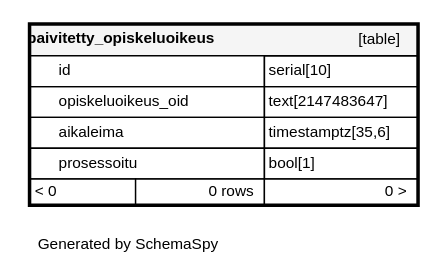
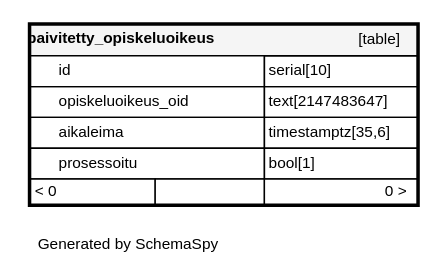
The diagram in documentation/tietokantaskeemat/koski/diagrams/tables/paivitetty_opiskeluoikeus.1degree.dot (Opetushallitus/koski), drawn with Graphviz before and after one commit. The commit also changed 77 other files, not shown here.

```diff
--- a/documentation/tietokantaskeemat/koski/diagrams/tables/paivitetty_opiskeluoikeus.1degree.dot
+++ b/documentation/tietokantaskeemat/koski/diagrams/tables/paivitetty_opiskeluoikeus.1degree.dot
@@ -1,17 +1,17 @@
 digraph "oneDegreeRelationshipsDiagram" {
   graph [    rankdir="RL"    bgcolor="#ffffff"    label="\nGenerated by SchemaSpy"    labeljust="l"    nodesep="0.18"    ranksep="0.46"    fontname="Helvetica"    fontsize="11"    ration="compress"  ];  node [    fontname="Helvetica"    fontsize="11"    shape="plaintext"  ];  edge [    arrowsize="0.8"  ];
   "paivitetty_opiskeluoikeus" [
    label=<
     <TABLE BORDER="2" CELLBORDER="1" CELLSPACING="0" BGCOLOR="#ffffff">
       <TR><TD COLSPAN="4"  BGCOLOR="#f5f5f5"><TABLE BORDER="0" CELLSPACING="0"><TR><TD ALIGN="LEFT" FIXEDSIZE="TRUE" WIDTH="146" HEIGHT="16"><B>paivitetty_opiskeluoikeus</B></TD><TD ALIGN="RIGHT">[table]</TD></TR></TABLE></TD></TR>
       <TR><TD PORT="id" COLSPAN="2" BGCOLOR="#ffffff" ALIGN="LEFT"><TABLE BORDER="0" CELLSPACING="0" ALIGN="LEFT"><TR ALIGN="LEFT"><TD ALIGN="LEFT" FIXEDSIZE="TRUE" WIDTH="15" HEIGHT="16"></TD><TD ALIGN="LEFT" FIXEDSIZE="TRUE" WIDTH="146" HEIGHT="16">id</TD></TR></TABLE></TD><TD PORT="id.type" ALIGN="LEFT">serial[10]</TD></TR>
       <TR><TD PORT="opiskeluoikeus_oid" COLSPAN="2" ALIGN="LEFT"><TABLE BORDER="0" CELLSPACING="0" ALIGN="LEFT"><TR ALIGN="LEFT"><TD ALIGN="LEFT" FIXEDSIZE="TRUE" WIDTH="15" HEIGHT="16"></TD><TD ALIGN="LEFT" FIXEDSIZE="TRUE" WIDTH="146" HEIGHT="16">opiskeluoikeus_oid</TD></TR></TABLE></TD><TD PORT="opiskeluoikeus_oid.type" ALIGN="LEFT">text[2147483647]</TD></TR>
       <TR><TD PORT="aikaleima" COLSPAN="2" BGCOLOR="#ffffff" ALIGN="LEFT"><TABLE BORDER="0" CELLSPACING="0" ALIGN="LEFT"><TR ALIGN="LEFT"><TD ALIGN="LEFT" FIXEDSIZE="TRUE" WIDTH="15" HEIGHT="16"></TD><TD ALIGN="LEFT" FIXEDSIZE="TRUE" WIDTH="146" HEIGHT="16">aikaleima</TD></TR></TABLE></TD><TD PORT="aikaleima.type" ALIGN="LEFT">timestamptz[35,6]</TD></TR>
       <TR><TD PORT="prosessoitu" COLSPAN="2" BGCOLOR="#ffffff" ALIGN="LEFT"><TABLE BORDER="0" CELLSPACING="0" ALIGN="LEFT"><TR ALIGN="LEFT"><TD ALIGN="LEFT" FIXEDSIZE="TRUE" WIDTH="15" HEIGHT="16"></TD><TD ALIGN="LEFT" FIXEDSIZE="TRUE" WIDTH="146" HEIGHT="16">prosessoitu</TD></TR></TABLE></TD><TD PORT="prosessoitu.type" ALIGN="LEFT">bool[1]</TD></TR>
-      <TR><TD ALIGN="LEFT" BGCOLOR="#ffffff">&lt; 0</TD><TD ALIGN="RIGHT" BGCOLOR="#ffffff">0 rows</TD><TD ALIGN="RIGHT" BGCOLOR="#ffffff">0 &gt;</TD></TR>
+      <TR><TD ALIGN="LEFT" BGCOLOR="#ffffff">&lt; 0</TD><TD ALIGN="RIGHT" BGCOLOR="#ffffff">  </TD><TD ALIGN="RIGHT" BGCOLOR="#ffffff">0 &gt;</TD></TR>
     </TABLE>>
     URL="../../tables/paivitetty_opiskeluoikeus.html"
     target="_top"
     tooltip="paivitetty_opiskeluoikeus"
   ];
 }
```
